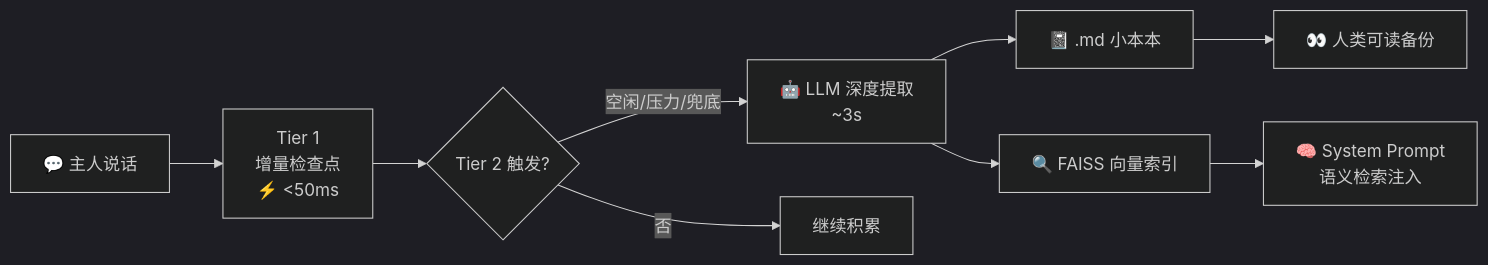
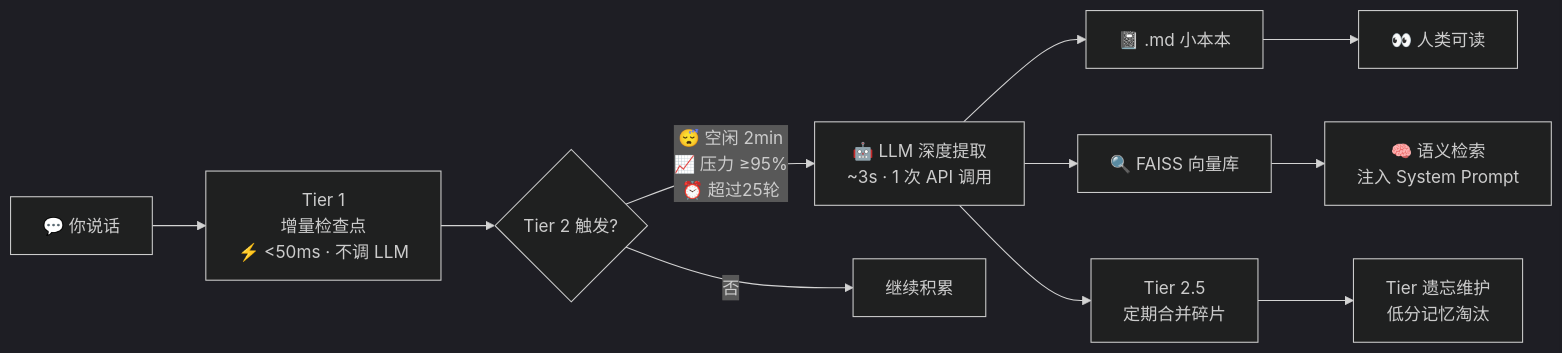
The diagram in README.md (yuanchu114514-spec/nexus-brain), drawn with Mermaid (dark theme) before and after one commit. The commit also changed other lines of this file, not shown here.

````diff
--- a/README.md
+++ b/README.md
@@ -53,11 +59,13 @@
 ```mermaid
 flowchart LR
-    A["💬 主人说话"] --> B["Tier 1<br/>增量检查点<br/>⚡ &lt;50ms"]
+    A["💬 你说话"] --> B["Tier 1<br/>增量检查点<br/>⚡ &lt;50ms · 不调 LLM"]
     B --> C{"Tier 2 触发?"}
-    C -->|"空闲/压力/兜底"| D["🤖 LLM 深度提取<br/>~3s"]
+    C -->|"😴 空闲 2min<br/>📈 压力 ≥95%<br/>⏰ 超过25轮"| D["🤖 LLM 深度提取<br/>~3s · 1 次 API 调用"]
     C -->|"否"| E["继续积累"]
     D --> F["📓 .md 小本本"]
-    D --> G["🔍 FAISS 向量索引"]
-    F --> H["👀 人类可读备份"]
-    G --> I["🧠 System Prompt<br/>语义检索注入"]
+    D --> G["🔍 FAISS 向量库"]
+    F --> H["👀 人类可读"]
+    G --> I["🧠 语义检索<br/>注入 System Prompt"]
+    D --> J["Tier 2.5<br/>定期合并碎片"]
+    J --> K["Tier 遗忘维护<br/>低分记忆淘汰"]
 ```
````
